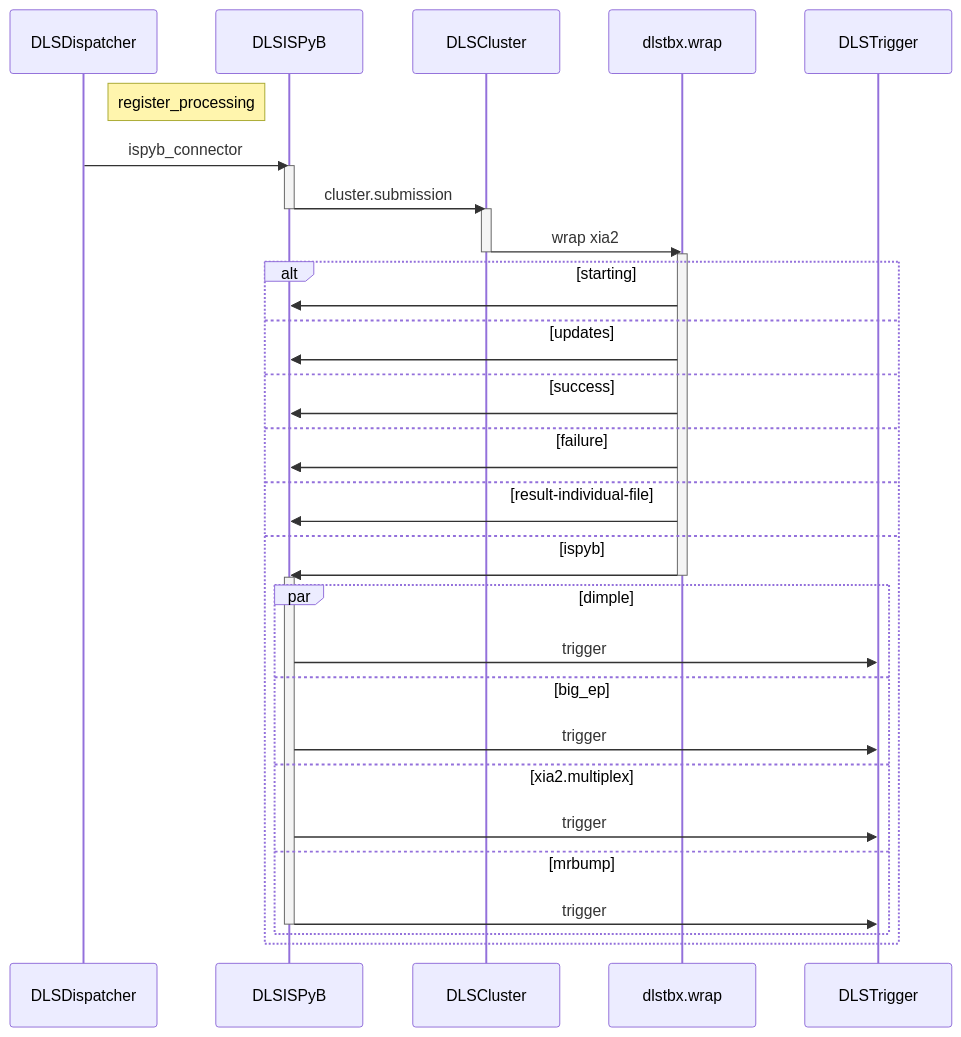
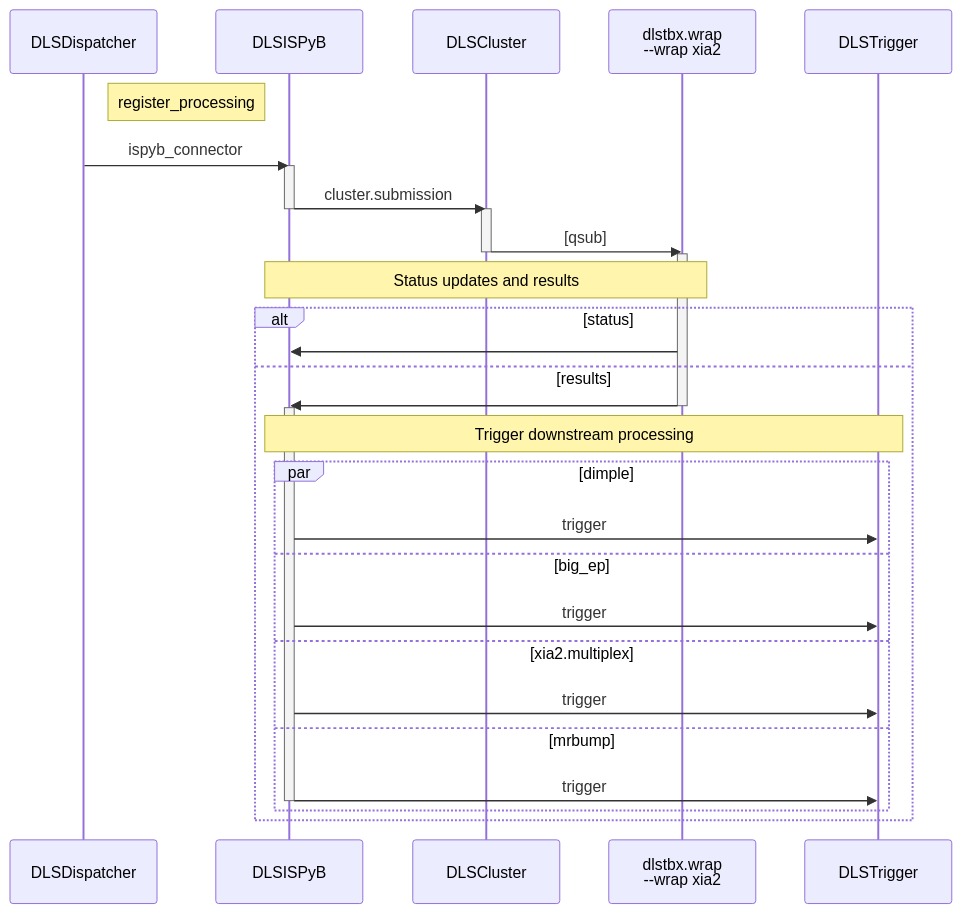
One commit to DiamondLightSource/python-dlstbx changed the diagram in doc/zocalo/xia2.md. Above: the diagram before and after it, drawn with Mermaid. The commit also changed other lines of this file, not shown here.

````diff
--- a/doc/zocalo/xia2.md
+++ b/doc/zocalo/xia2.md
@@ -1,42 +22,36 @@
 ```mermaid
 sequenceDiagram
     participant dispatcher as DLSDispatcher
     participant ispybsvc as DLSISPyB
     participant cluster as DLSCluster
-    participant wrap as dlstbx.wrap
+    participant wrap as dlstbx.wrap<br>--wrap xia2
     participant trigger as DLSTrigger
     note right of dispatcher: register_processing
     dispatcher->>ispybsvc: ispyb_connector
     activate ispybsvc
     ispybsvc->>cluster: cluster.submission
     deactivate ispybsvc
     activate cluster
-    cluster->>wrap: wrap xia2
+    cluster->>wrap: [qsub]
     deactivate cluster
     activate wrap
-    alt starting
+    note over ispybsvc, wrap: Status updates and results
+    alt status
         wrap->>ispybsvc: 
-    else updates
-        wrap->>ispybsvc: 
-    else success
-        wrap->>ispybsvc: 
-    else failure
-        wrap->>ispybsvc: 
-    else result-individual-file
-        wrap->>ispybsvc: 
-    else ispyb
+    else results
         wrap->>ispybsvc: 
         deactivate wrap
         activate ispybsvc
+        note over ispybsvc, trigger: Trigger downstream processing
         par dimple
             ispybsvc->>trigger: trigger
         and big_ep
             ispybsvc->>trigger: trigger
         and xia2.multiplex
             ispybsvc->>trigger: trigger
         and mrbump
             ispybsvc->>trigger: trigger
             deactivate ispybsvc
         end
     end
 ```
````
